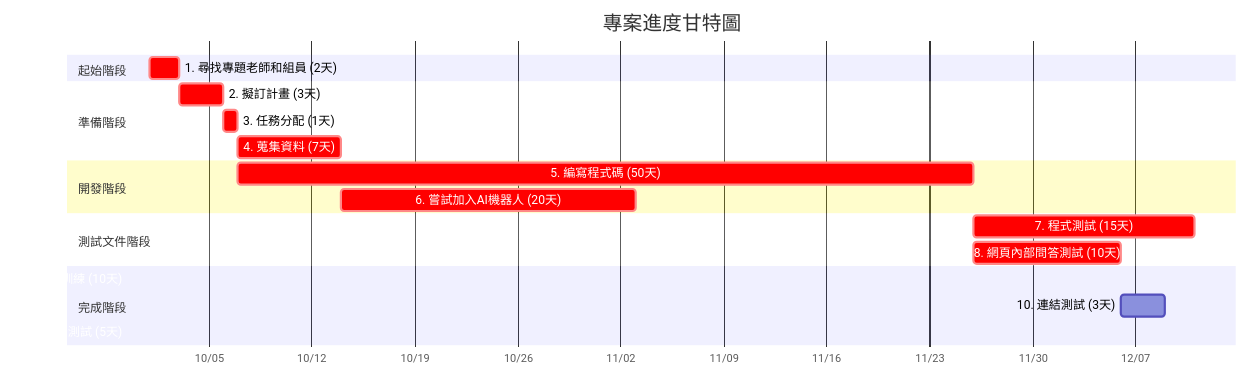
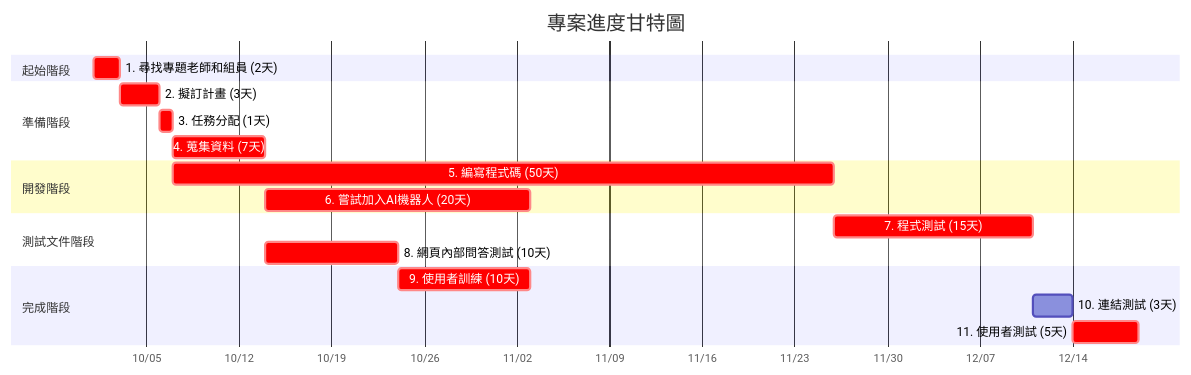
The second of 2 diagrams in hw2.md (c112118202-droid/-), drawn with Mermaid before and after one commit.

````diff
--- a/hw2.md
+++ b/hw2.md
@@ -29,27 +29,27 @@
 ```mermaid
 gantt
     title 專案進度甘特圖
     dateFormat YYYY-MM-DD
     axisFormat %m/%d
     
     section 起始階段
     1. 尋找專題老師和組員 (2天)     :crit, m1, 2025-10-01, 2d
     
     section 準備階段
     2. 擬訂計畫 (3天)     :crit, m2, after m1, 3d
     3. 任務分配 (1天)    :crit, m3, after m2, 1d
     4. 蒐集資料 (7天)    :crit, m4, after m3, 7d
 
     section 開發階段
     5. 編寫程式碼 (50天)    :crit, m5, after m3, 50d
     6. 嘗試加入AI機器人 (20天)    :crit, m6, after m4, 20d
     
     section 測試文件階段
     7. 程式測試 (15天)    :crit, m7, after m5, 15d
-    8. 網頁內部問答測試 (10天) :crit, m7, after m5, 10d
+    8. 網頁內部問答測試 (10天) :crit, m8, after m4, 10d
         
     section 完成階段
-    9. 使用者訓練 (10天)    :crit, m8, after m8, 10d
+    9. 使用者訓練 (10天)    :crit, m9, after m8, 10d
     10. 連結測試 (3天)  :m10, after m7 m8, 3d
     11. 使用者測試 (5天)  :crit, m11, after m9 m10, 5d
 ```
````
